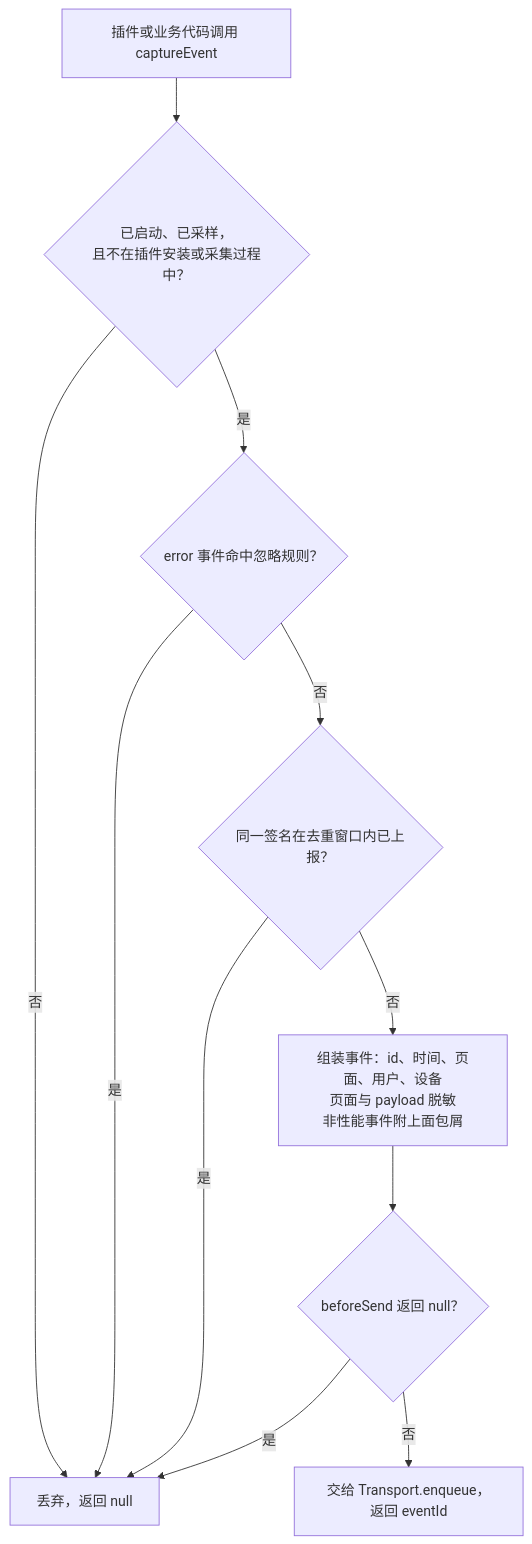
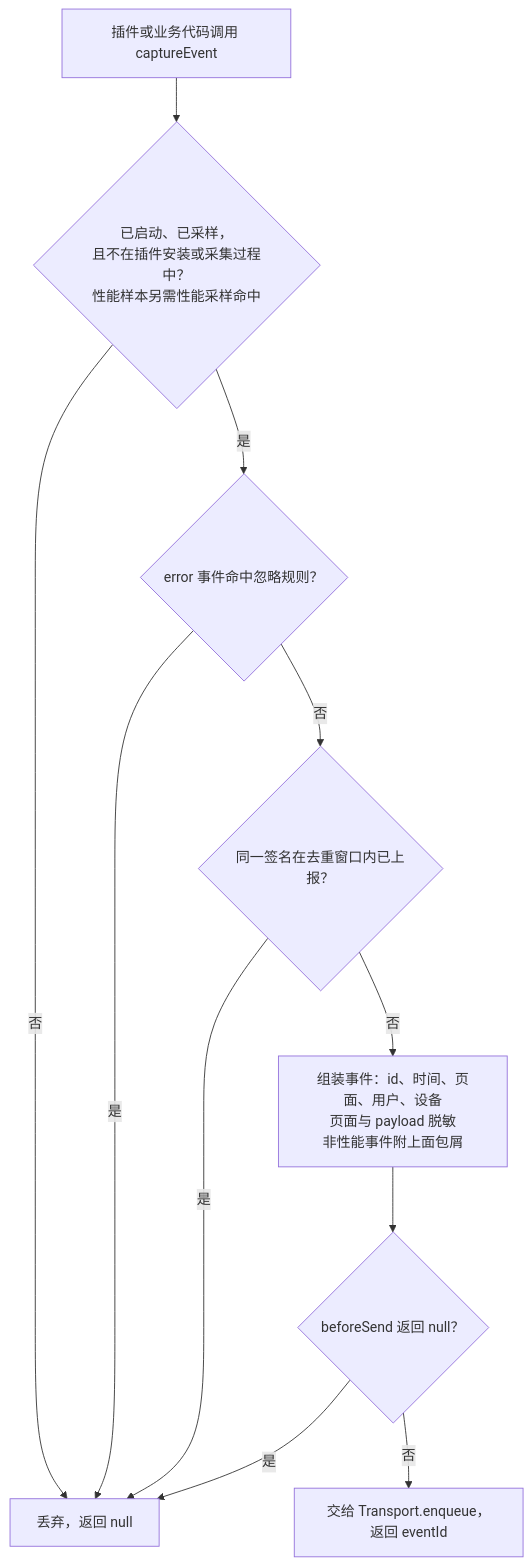
One commit to guiwzh/tracepilot changed the second of 4 diagrams in docs/monitor-sdk.md. Above: the diagram before and after it, drawn with Mermaid. The commit also changed other lines of this file and 11 other files, not shown here.

````diff
--- a/docs/monitor-sdk.md
+++ b/docs/monitor-sdk.md
@@ -199,13 +209,13 @@
 ```mermaid
 flowchart TD
-  A["插件或业务代码调用 captureEvent"] --> B{"已启动、已采样，<br/>且不在插件安装或采集过程中？"}
+  A["插件或业务代码调用 captureEvent"] --> B{"已启动、已采样，<br/>且不在插件安装或采集过程中？<br/>性能样本另需性能采样命中"}
   B -- 否 --> X["丢弃，返回 null"]
   B -- 是 --> C{"error 事件命中忽略规则？"}
   C -- 是 --> X
   C -- 否 --> D{"同一签名在去重窗口内已上报？"}
   D -- 是 --> X
   D -- 否 --> E["组装事件：id、时间、页面、用户、设备<br/>页面与 payload 脱敏<br/>非性能事件附上面包屑"]
   E --> F{"beforeSend 返回 null？"}
   F -- 是 --> X
   F -- 否 --> G["交给 Transport.enqueue，返回 eventId"]
 ```
````
